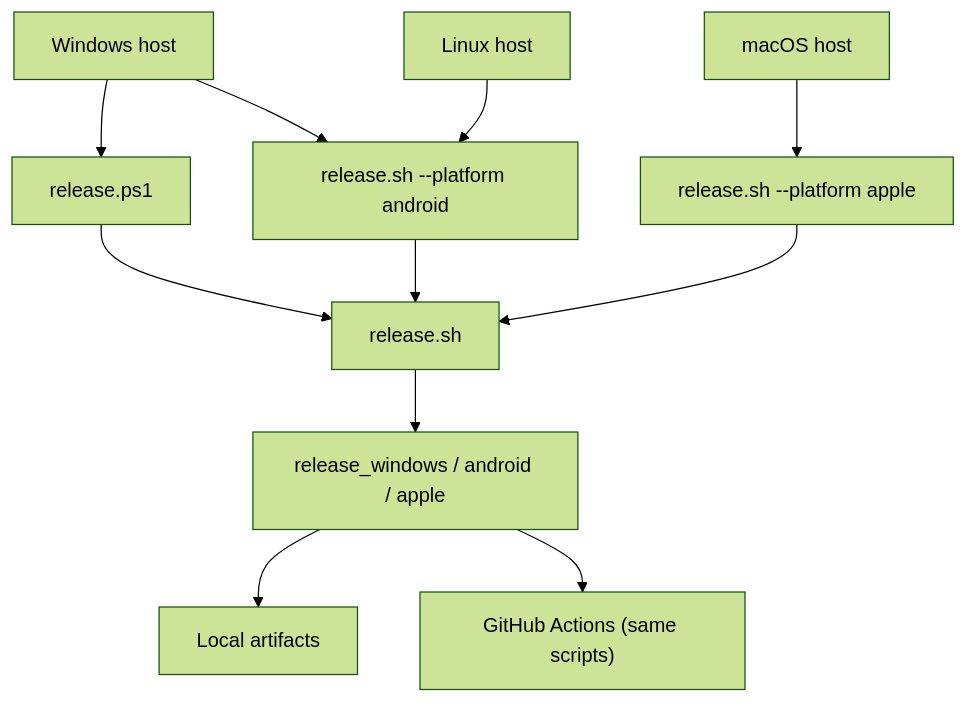
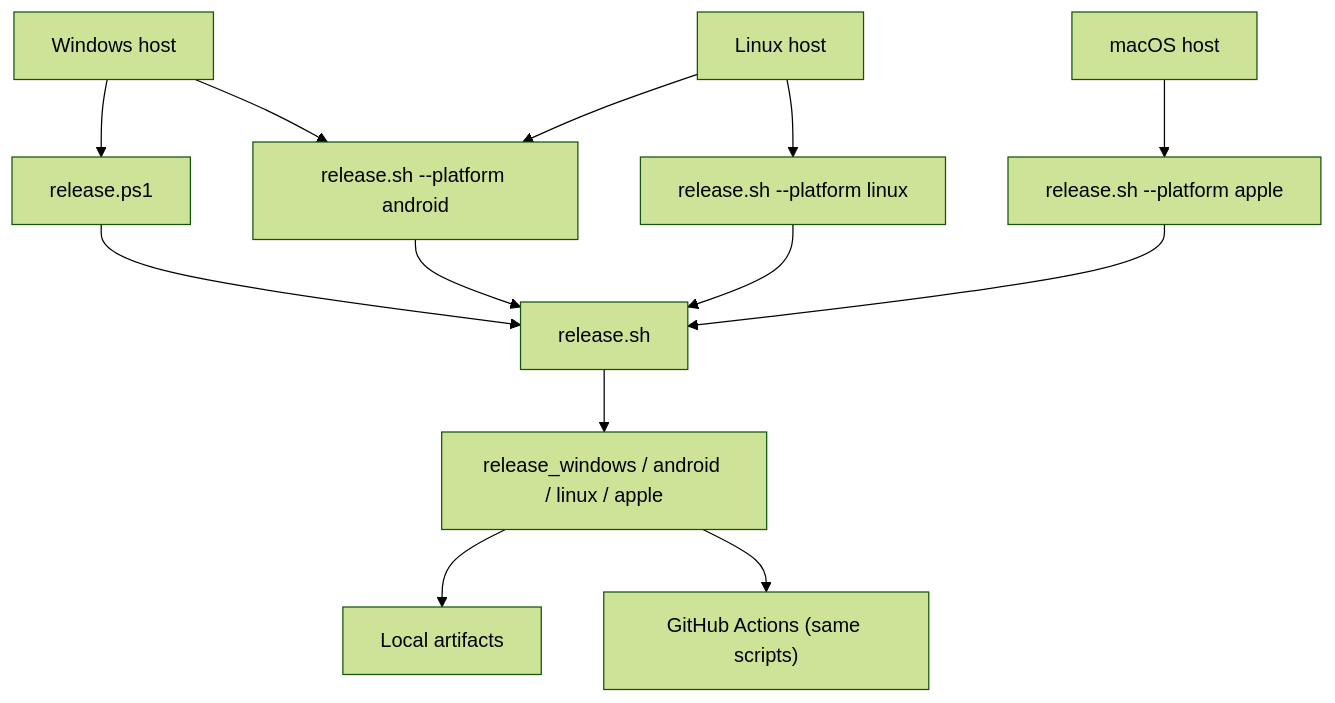
One commit to baizhiheizi/enjoy_player changed the diagram in docs/packaging.md. Above: the diagram before and after it, drawn with Mermaid (forest theme). The commit also changed other lines of this file and 4 other files, not shown here.

````diff
--- a/docs/packaging.md
+++ b/docs/packaging.md
@@ -34,13 +35,15 @@
 ```mermaid
 flowchart TD
   WindowsHost["Windows host"] --> WindowsScript["release.ps1"]
   WindowsHost --> AndroidBash["release.sh --platform android"]
   LinuxHost["Linux host"] --> AndroidBash
+  LinuxHost --> LinuxBash["release.sh --platform linux"]
   MacHost["macOS host"] --> AppleScript["release.sh --platform apple"]
   WindowsScript --> Dispatcher["release.sh"]
   AndroidBash --> Dispatcher
+  LinuxBash --> Dispatcher
   AppleScript --> Dispatcher
-  Dispatcher --> PlatformScripts["release_windows / android / apple"]
+  Dispatcher --> PlatformScripts["release_windows / android / linux / apple"]
   PlatformScripts --> Artifacts["Local artifacts"]
   PlatformScripts --> CI["GitHub Actions (same scripts)"]
 ```
````
